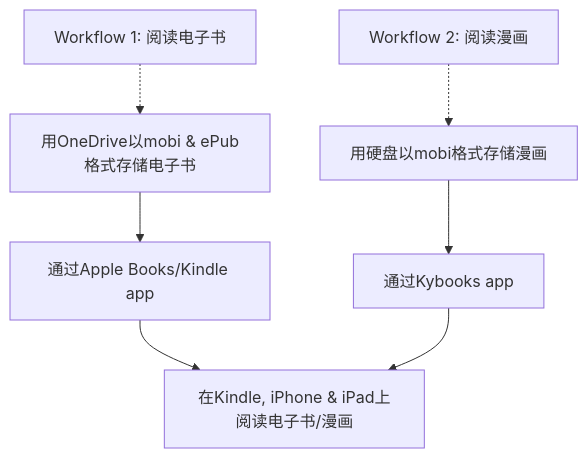
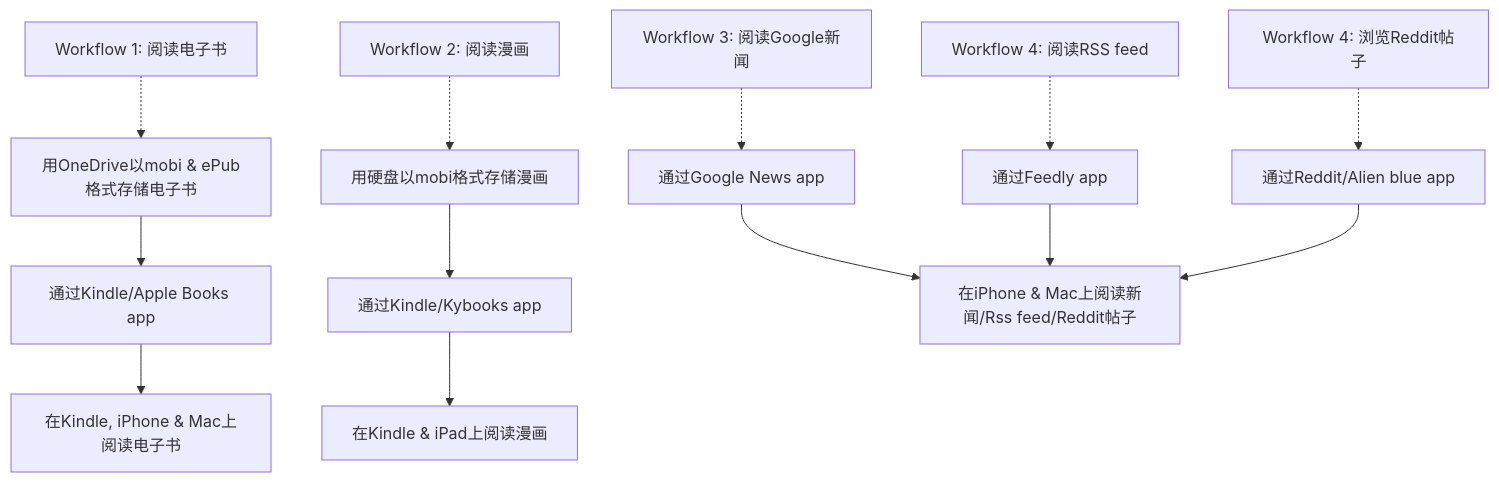
The diagram in _posts/productivity/2021-03-28-reading-setup.md (goooooouwa/writings), drawn with Mermaid before and after one commit. The commit also changed other lines of this file, not shown here.

```diff
--- a/_posts/productivity/2021-03-28-reading-setup.md
+++ b/_posts/productivity/2021-03-28-reading-setup.md
@@ -7,14 +7,26 @@
 <div class="mermaid">
     graph TD
     T1[Workflow 1: 阅读电子书] -.-> A
 
     A[用OneDrive以mobi & ePub格式存储电子书]
-    A --> F[通过Apple Books/Kindle app]
-    F --> C[在Kindle, iPhone & iPad上阅读电子书]
+    A --> F[通过Kindle/Apple Books app]
+    F --> C[在Kindle, iPhone & Mac上阅读电子书]
 
     T2[Workflow 2: 阅读漫画] -.-> B
 
     B[用硬盘以mobi格式存储漫画]
-    B --> E[通过Kybooks app]
-    E --> C[在Kindle, iPhone & iPad上阅读电子书/漫画]
+    B --> E[通过Kindle/Kybooks app]
+    E --> I[在Kindle & iPad上阅读漫画]
+
+    T3[Workflow 3: 阅读Google新闻] -.-> G
+    G[通过Google News app]
+    G --> H[在iPhone & Mac上阅读新闻/Rss feed/Reddit帖子]
+
+    T4[Workflow 4: 阅读RSS feed] -.-> J
+    J[通过Feedly app]
+    J --> H
+
+    T5[Workflow 4: 浏览Reddit帖子] -.-> L
+    L[通过Reddit/Alien blue app]
+    L --> H
 </div>
```
